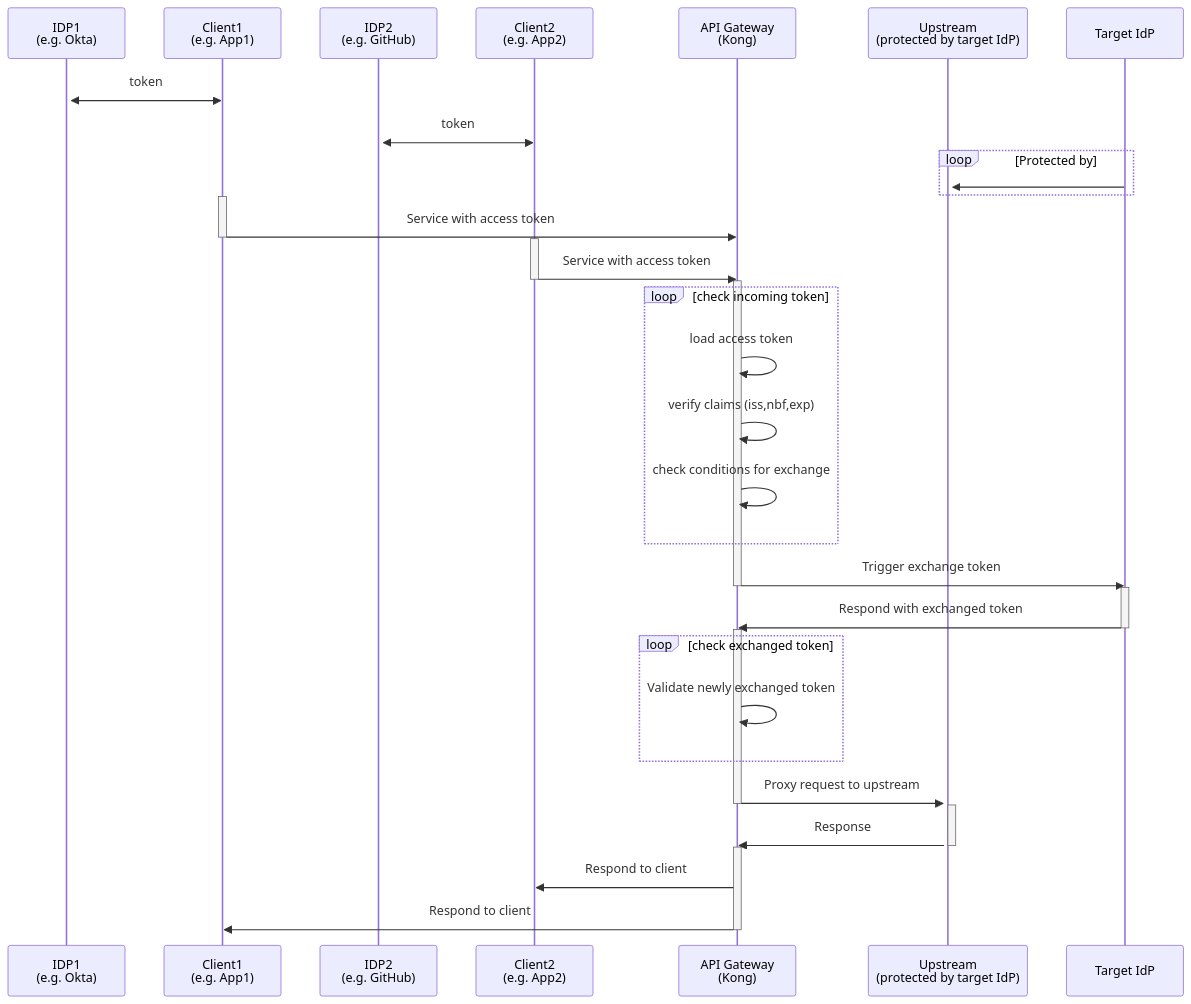
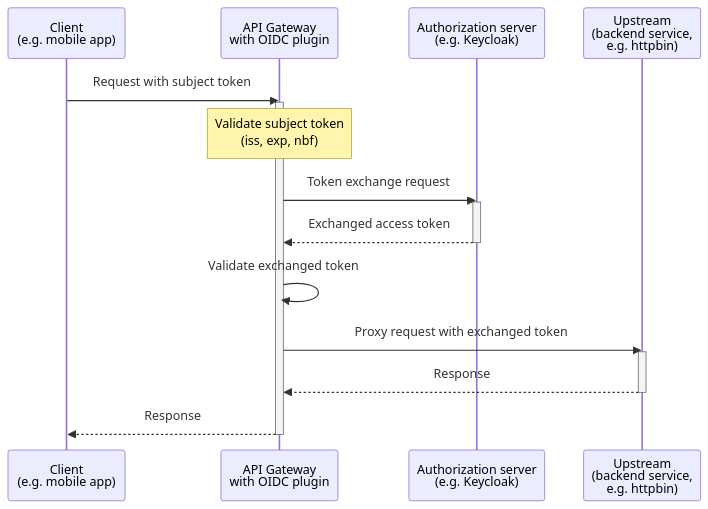
The diagram in app/_includes/plugins/oidc/diagrams/token-exchange.md (Kong/developer.konghq.com), drawn with Mermaid before and after one commit. The commit also changed other lines of this file and 3 other files, not shown here.

Commit message:
simplify diagram

```diff
--- a/app/_includes/plugins/oidc/diagrams/token-exchange.md
+++ b/app/_includes/plugins/oidc/diagrams/token-exchange.md
@@ -2,51 +1,22 @@
 {% mermaid %}
 sequenceDiagram
+    participant C as Client<br>(e.g. mobile app)
+    participant K as API Gateway <br>with OIDC plugin
+    participant A as Authorization server<br>(e.g. Keycloak)
+    participant U as Upstream<br>(backend service,<br>e.g. httpbin)
 
-participant s1 as IDP1<br>(e.g. Okta)
-participant c1 as Client1<br>(e.g. App1)
-
-c1<<->>+s1: token
-
-participant s2 as IDP2<br>(e.g. GitHub)
-participant c2 as Client2<br>(e.g. App2)
- 
-c2<<->>+s2: token
-participant kong as API Gateway<br>(Kong) 
-
-participant u as Upstream<br>(protected by target IdP)
-participant t as Target IdP
-
-loop Protected by
-    t->>+u: 
-end
-activate c1 
-c1->>kong: Service with access token 
-deactivate c1 
-activate c2
-c2->>kong: Service with access token 
-deactivate c2
-activate kong 
-loop check incoming token
-    kong->>kong: load access token 
-    kong->>kong: verify claims (iss,nbf,exp) 
-    kong->>kong: check conditions for exchange
-end  
-kong->>t: Trigger exchange token   
-deactivate kong
-activate t
-t->>kong: Respond with exchanged token 
-deactivate t
-activate kong 
-loop check exchanged token
-    kong->>kong: Validate newly exchanged token
-end    
-kong->>u: Proxy request to upstream
-deactivate kong
-activate u
-u->>kong: Response
-deactivate u
-activate kong
-kong->>c2: Respond to client
-kong->>c1: Respond to client
-deactivate kong
+    C->>K: Request with subject token
+    activate K
+    note over K: Validate subject token<br>(iss, exp, nbf)
+    K->>A: Token exchange request
+    activate A
+    A-->>K: Exchanged access token
+    deactivate A
+    K->>K: Validate exchanged token
+    K->>U: Proxy request with exchanged token
+    activate U
+    U-->>K: Response
+    deactivate U
+    K-->>C: Response
+    deactivate K
 {% endmermaid %}
```
